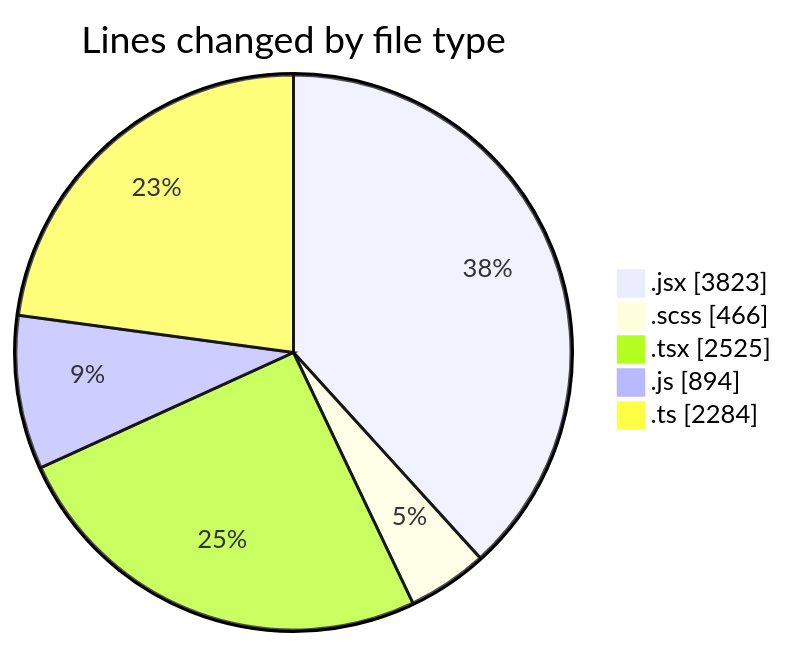
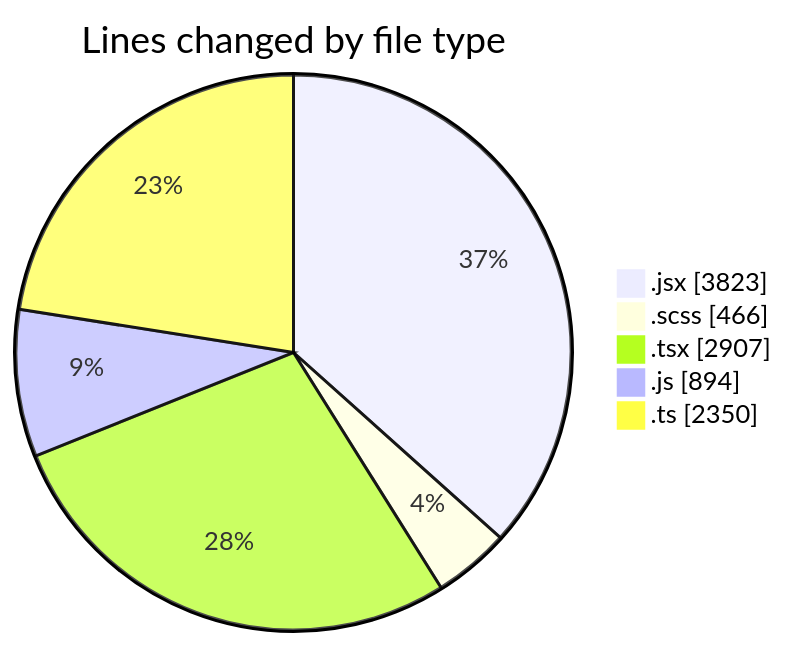
One commit to momahboobian/code-tracking changed the first of 2 diagrams in 2026-09-02/cda/README.md. Above: the diagram before and after it, drawn with Mermaid. The commit also changed other lines of this file and 1 other file, not shown here.

````diff
--- a/2026-09-02/cda/README.md
+++ b/2026-09-02/cda/README.md
@@ -69,9 +69,9 @@
 ```mermaid
 pie showData
 title Lines changed by file type
 ".jsx" : 3823
 ".scss" : 466
-".tsx" : 2525
+".tsx" : 2907
 ".js" : 894
-".ts" : 2284
+".ts" : 2350
 ```
````
